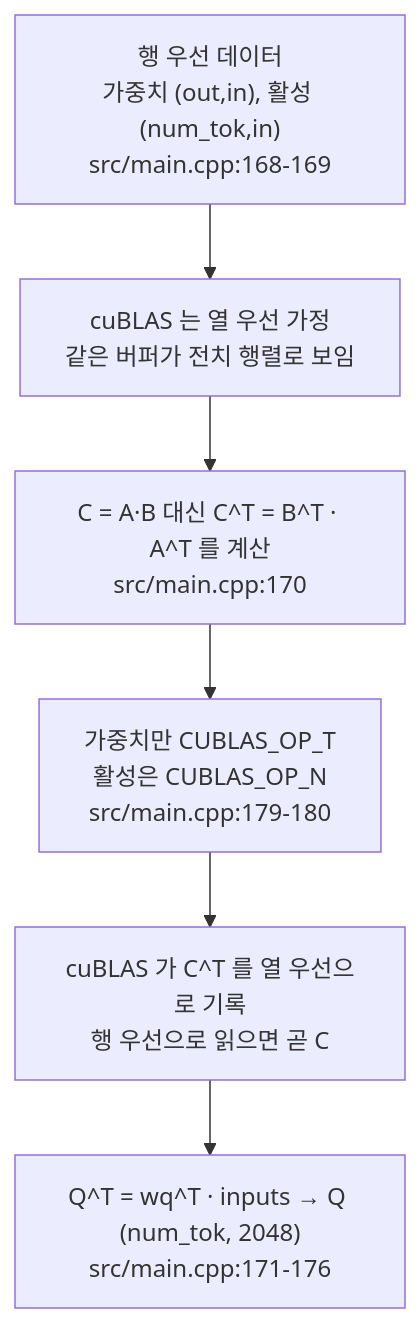
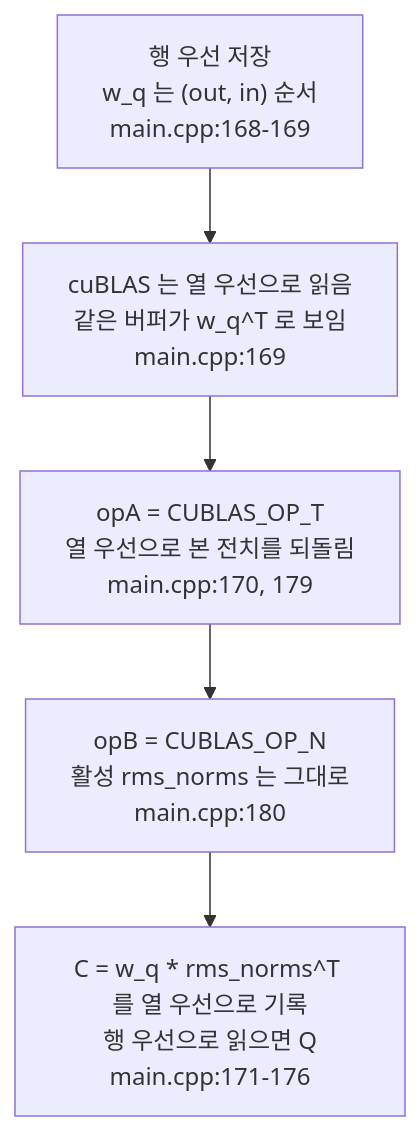
Before and after one commit to ryujaehun/ryujaehun.github.io: the diagram in data/code-series/jmaczan--tiny-vllm/articles/ko-04.md, drawn with Mermaid. The commit also changed other lines of this file and 14 other files, not shown here.

````diff
--- a/data/code-series/jmaczan--tiny-vllm/articles/ko-04.md
+++ b/data/code-series/jmaczan--tiny-vllm/articles/ko-04.md
@@ -191,8 +215,7 @@
 ```mermaid
 flowchart TD
-    A["행 우선 데이터<br/>가중치 (out,in), 활성 (num_tok,in)<br/>src/main.cpp:168-169"] --> B["cuBLAS 는 열 우선 가정<br/>같은 버퍼가 전치 행렬로 보임"]
-    B --> C["C = A·B 대신 C^T = B^T · A^T 를 계산<br/>src/main.cpp:170"]
-    C --> D["가중치만 CUBLAS_OP_T<br/>활성은 CUBLAS_OP_N<br/>src/main.cpp:179-180"]
-    D --> E["cuBLAS 가 C^T 를 열 우선으로 기록<br/>행 우선으로 읽으면 곧 C"]
-    E --> F["Q^T = wq^T · inputs → Q (num_tok, 2048)<br/>src/main.cpp:171-176"]
+    A["행 우선 저장<br/>w_q 는 (out, in) 순서<br/>main.cpp:168-169"] --> B["cuBLAS 는 열 우선으로 읽음<br/>같은 버퍼가 w_q^T 로 보임<br/>main.cpp:169"]
+    B --> C["opA = CUBLAS_OP_T<br/>열 우선으로 본 전치를 되돌림<br/>main.cpp:170, 179"]
+    C --> D["opB = CUBLAS_OP_N<br/>활성 rms_norms 는 그대로<br/>main.cpp:180"]
+    D --> E["C = w_q * rms_norms^T 를 열 우선으로 기록<br/>행 우선으로 읽으면 Q<br/>main.cpp:171-176"]
 ```
````
